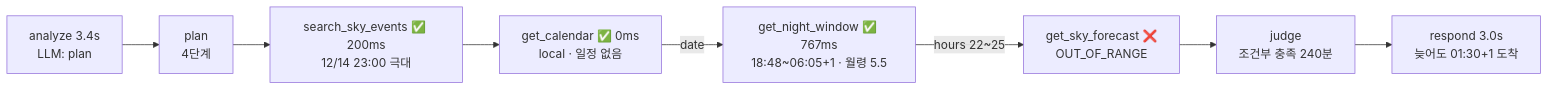
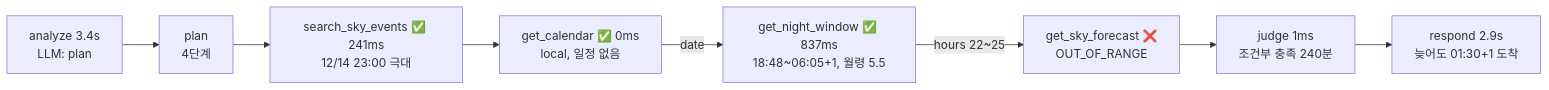
The first of 2 diagrams in docs/RUN_LOG_SAMPLE.md (bnbong/Astrowatch), drawn with Mermaid before and after one commit. The commit also changed other lines of this file and 99 other files, not shown here.

````diff
--- a/docs/RUN_LOG_SAMPLE.md
+++ b/docs/RUN_LOG_SAMPLE.md
@@ -47,10 +50,10 @@
 ```mermaid
 flowchart LR
   A["analyze 3.4s<br/>LLM: plan"] --> P["plan<br/>4단계"]
-  P --> E1["search_sky_events ✅ 200ms<br/>12/14 23:00 극대"]
-  E1 --> C["get_calendar ✅ 0ms<br/>local · 일정 없음"]
-  C -->|date| E2["get_night_window ✅ 767ms<br/>18:48~06:05+1 · 월령 5.5"]
+  P --> E1["search_sky_events ✅ 241ms<br/>12/14 23:00 극대"]
+  E1 --> C["get_calendar ✅ 0ms<br/>local, 일정 없음"]
+  C -->|date| E2["get_night_window ✅ 837ms<br/>18:48~06:05+1, 월령 5.5"]
   E2 -->|hours 22~25| E3["get_sky_forecast ❌<br/>OUT_OF_RANGE"]
-  E3 --> J["judge<br/>조건부 충족 240분"]
-  J --> R["respond 3.0s<br/>늦어도 01:30+1 도착"]
+  E3 --> J["judge 1ms<br/>조건부 충족 240분"]
+  J --> R["respond 2.9s<br/>늦어도 01:30+1 도착"]
 ```
````
